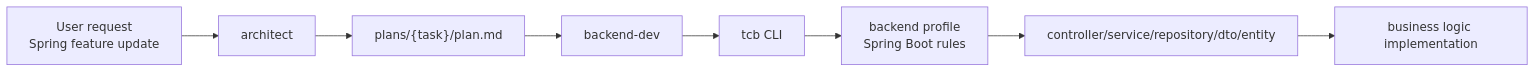
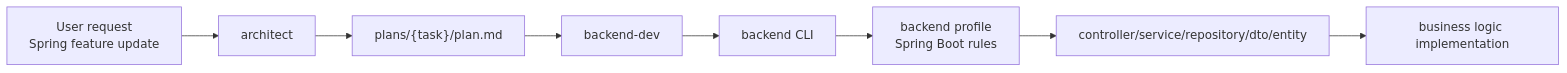
One commit to SeoJaeWan/try-claude-code changed the tenth of 14 diagrams in docs/claude-code-workflow-evolution.md. Above: the diagram before and after it, drawn with Mermaid. The commit also changed other lines of this file and 110 other files, not shown here.

Commit message:
refactor: unify frontend and backend CLI surfaces

````diff
--- a/docs/claude-code-workflow-evolution.md
+++ b/docs/claude-code-workflow-evolution.md
@@ -505,13 +505,13 @@
 ```mermaid
 flowchart LR
     U["User request<br/>Spring feature update"]
     ARCH["architect"]
     PLAN["plans/{task}/plan.md"]
     BD["backend-dev"]
-    TCB["tcb CLI"]
+    TCB["backend CLI"]
     BP["backend profile<br/>Spring Boot rules"]
     FILES["controller/service/repository/dto/entity"]
     IMPL["business logic implementation"]
 
     U --> ARCH --> PLAN --> BD --> TCB --> BP --> FILES --> IMPL
 ```
````
